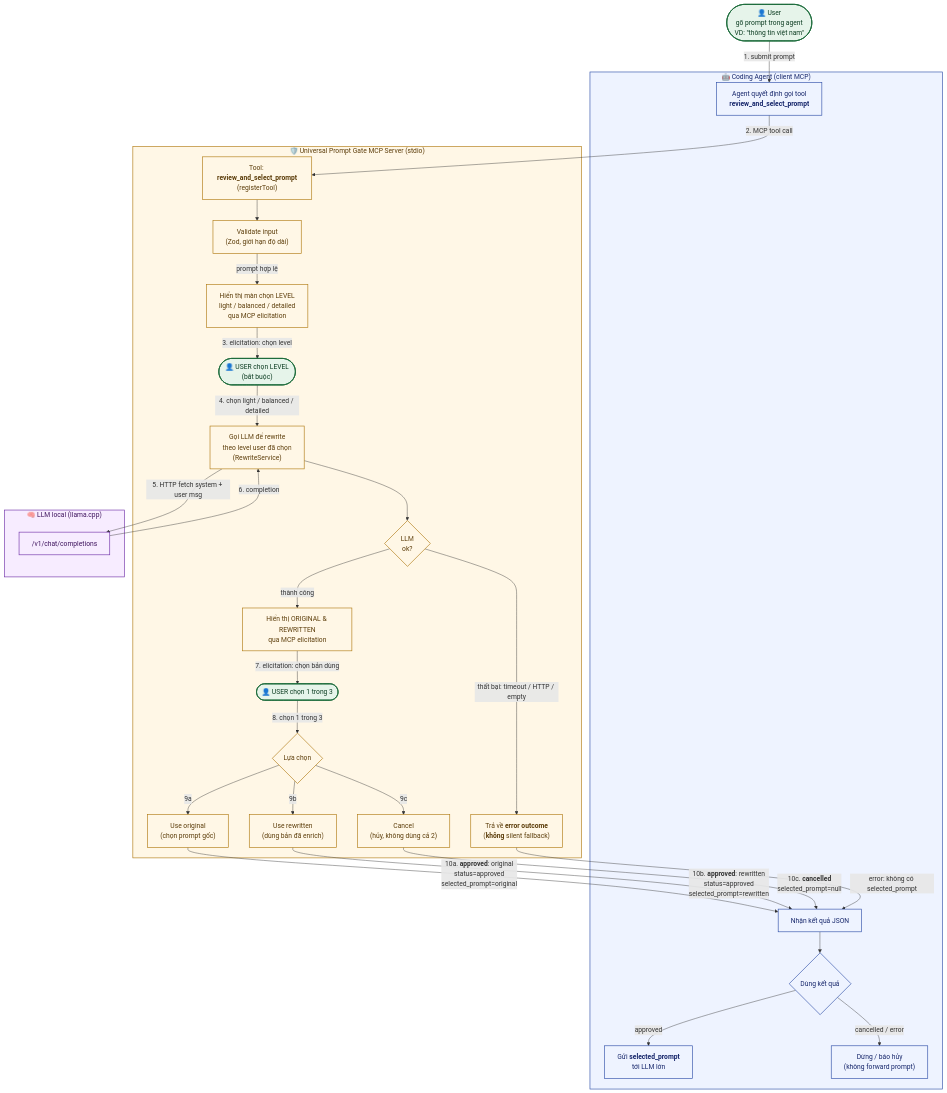
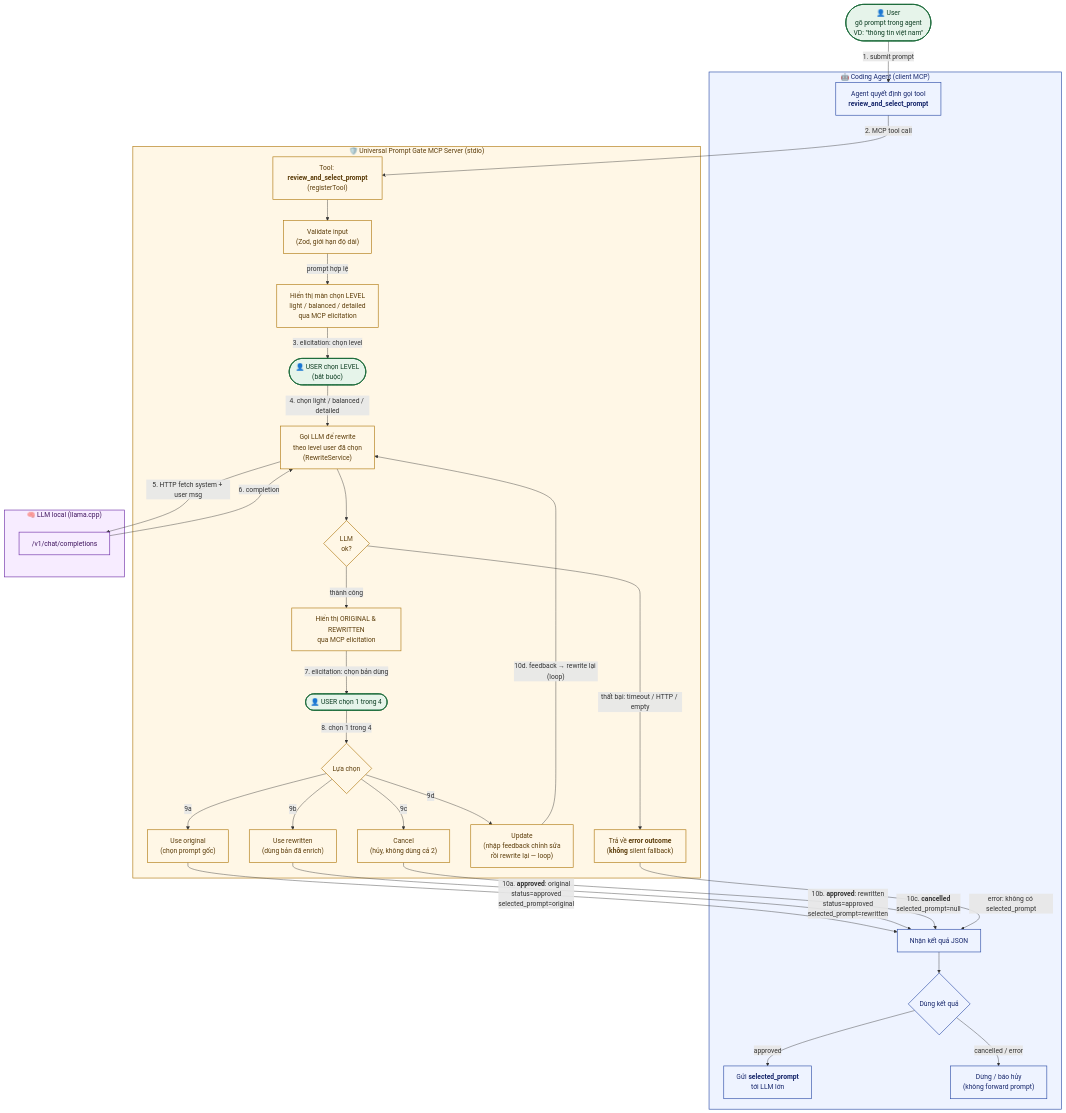
The diagram in docs/WORKFLOW.md (nbhson/tool-prompt-rewrite-mcp), drawn with Mermaid before and after one commit. The commit also changed 15 other files, not shown here.

````diff
--- a/docs/WORKFLOW.md
+++ b/docs/WORKFLOW.md
@@ -5,67 +5,70 @@
 ```mermaid
 flowchart TD
   U(["👤 User<br/>gõ prompt trong agent<br/>VD: &quot;thông tin việt nam&quot;"]):::user
 
   subgraph AGENT["🤖 Coding Agent (client MCP)"]
     A1["Agent quyết định gọi tool<br/><b>review_and_select_prompt</b>"]:::agent
     A3["Nhận kết quả JSON"]:::agent
     A4{"Dùng kết quả"}:::agent
     AOK["Gửi <b>selected_prompt</b><br/>tới LLM lớn"]:::agent
     ASTOP["Dừng / báo hủy<br/>(không forward prompt)"]:::agent
   end
 
   subgraph MCP["🛡️ Universal Prompt Gate MCP Server (stdio)"]
     T["Tool: <b>review_and_select_prompt</b><br/>(registerTool)"]:::mcp
     V["Validate input<br/>(Zod, giới hạn độ dài)"]:::mcp
     LPE["Hiển thị màn chọn LEVEL<br/>light / balanced / detailed<br/>qua MCP elicitation"]:::mcp
     R["Gọi LLM để rewrite<br/>theo level user đã chọn<br/>(RewriteService)"]:::mcp
     RM{"LLM<br/>ok?"}:::mcp
     RE["Trả về <b>error outcome</b><br/>(<b>không</b> silent fallback)"]:::mcp
     E["Hiển thị ORIGINAL &amp; REWRITTEN<br/>qua MCP elicitation"]:::mcp
     U0(["👤 USER chọn LEVEL<br/>(bắt buộc)"]):::user
-    U2(["👤 USER chọn 1 trong 3"]):::user
+    U2(["👤 USER chọn 1 trong 4"]):::user
     CHOICE{"Lựa chọn"}:::mcp
     O1["Use original<br/>(chọn prompt gốc)"]:::mcp
     O2["Use rewritten<br/>(dùng bản đã enrich)"]:::mcp
+    O4["Update<br/>(nhập feedback chỉnh sửa<br/>rồi rewrite lại — loop)"]:::mcp
     O3["Cancel<br/>(hủy, không dùng cả 2)"]:::mcp
   end
 
   subgraph LLM["🧠 LLM local (llama.cpp)"]
     L1["/v1/chat/completions"]:::llm
   end
 
   %% ---- LƯU CHẢY CHÍNH ----
   U -->|1. submit prompt| A1
   A1 -->|2. MCP tool call| T
   T --> V
   V -->|prompt hợp lệ| LPE
   LPE -->|"3. elicitation: chọn level"| U0
   U0 -->|"4. chọn light / balanced / detailed"| R
   R -->|5. HTTP fetch system + user msg| L1
   L1 -->|6. completion| R
   R --> RM
   RM -->|thất bại: timeout / HTTP / empty| RE
   RM -->|thành công| E
   E -->|"7. elicitation: chọn bản dùng"| U2
-  U2 -->|8. chọn 1 trong 3| CHOICE
+  U2 -->|8. chọn 1 trong 4| CHOICE
   CHOICE -->|9a| O1
   CHOICE -->|9b| O2
+  CHOICE -->|9d| O4
   CHOICE -->|9c| O3
+  O4 -->|"10d. feedback → rewrite lại (loop)"| R
 
   O1 -->|10a. <b>approved</b>: original<br/>status=approved<br/>selected_prompt=original| A3
   O2 -->|10b. <b>approved</b>: rewritten<br/>status=approved<br/>selected_prompt=rewritten| A3
   O3 -->|10c. <b>cancelled</b><br/>selected_prompt=null| A3
   RE -->|error: không có selected_prompt| A3
 
   A3 --> A4
   A4 -->|"approved"| AOK
   A4 -->|"cancelled / error"| ASTOP
 
   classDef user fill:#e6f4ea,stroke:#1b6b3a,stroke-width:2px,color:#0d3d22
   classDef agent fill:#eef3ff,stroke:#2f4fa8,stroke-width:1.5px,color:#16266b
   classDef mcp fill:#fff7e6,stroke:#b07a12,stroke-width:1.5px,color:#5c3d0a
   classDef llm fill:#f7ecff,stroke:#7030a8,stroke-width:1.5px,color:#3f145e
   class AGENT agent
   class MCP mcp
   class LLM llm
 ```
````
